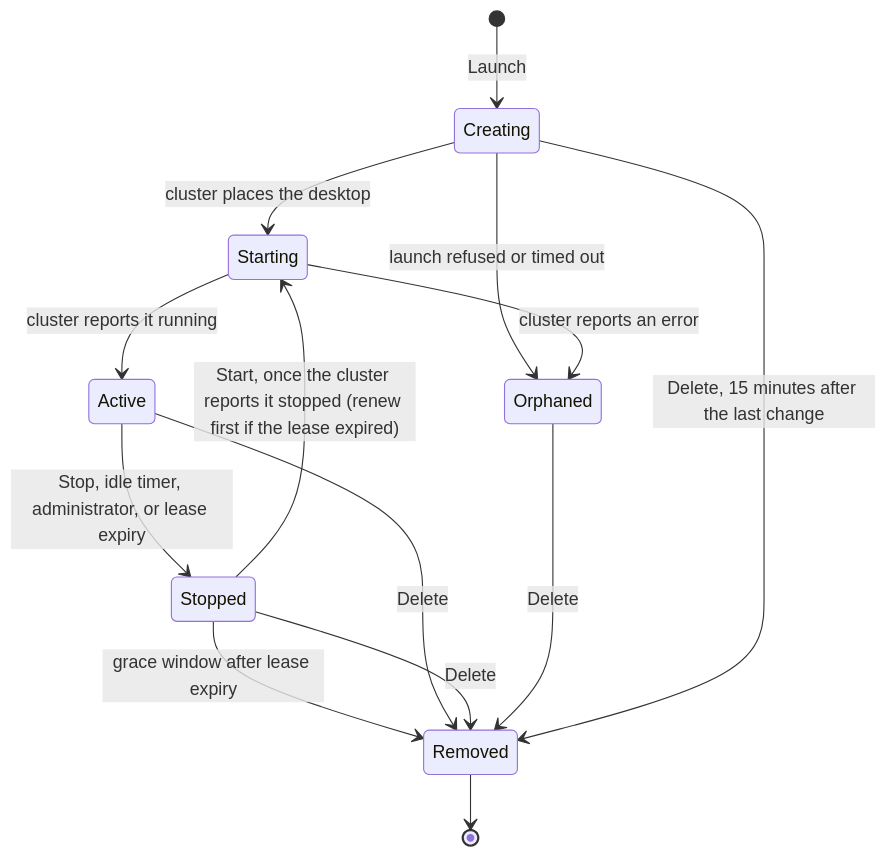
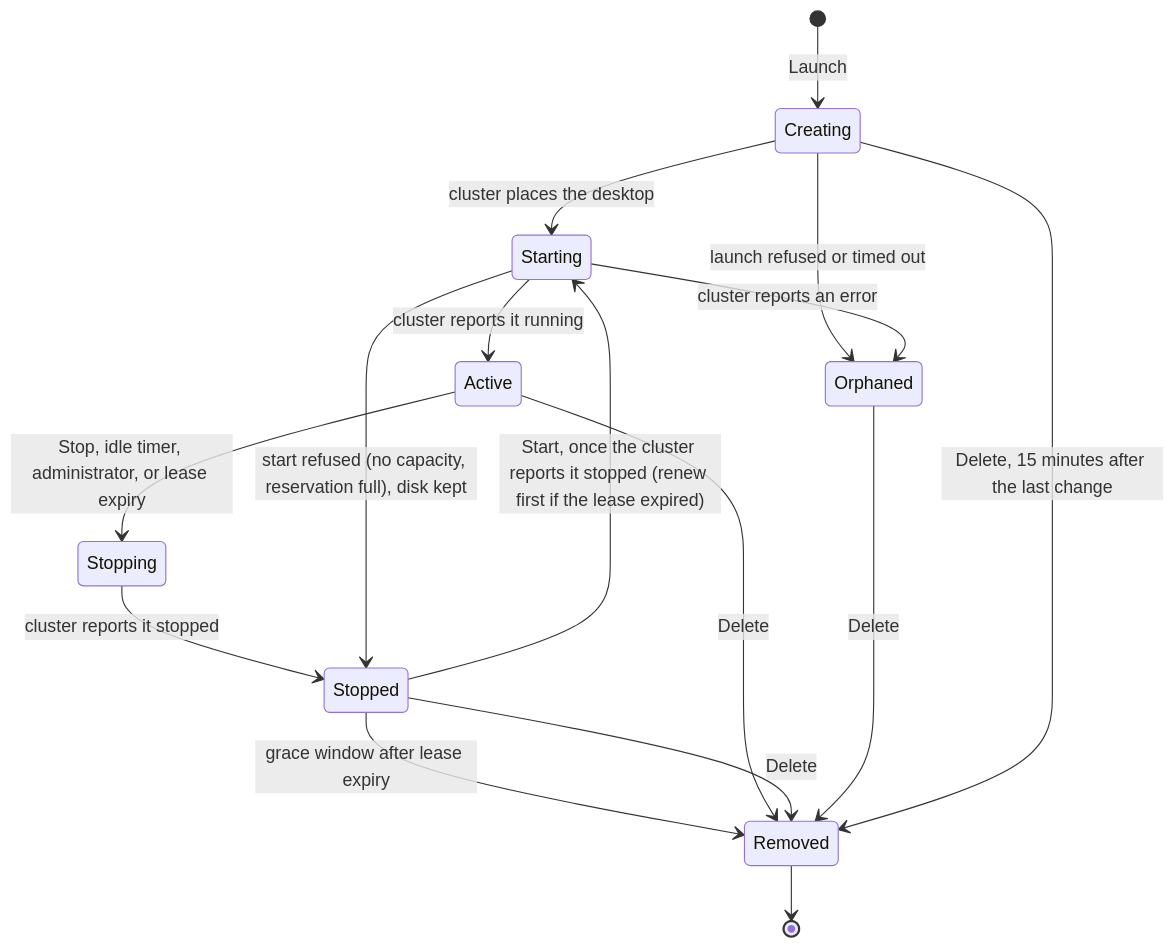
The diagram in documentation/docusaurus-site/docs/developer/edh-workstations/user-guide.md (awslabs/visual-asset-management-system), drawn with Mermaid before and after one commit. The commit also changed other lines of this file and 78 other files, not shown here.

````diff
--- a/documentation/docusaurus-site/docs/developer/edh-workstations/user-guide.md
+++ b/documentation/docusaurus-site/docs/developer/edh-workstations/user-guide.md
@@ -92,16 +92,18 @@
 ```mermaid
 stateDiagram-v2
     [*] --> Creating: Launch
     Creating --> Starting: cluster places the desktop
     Starting --> Active: cluster reports it running
     Creating --> Orphaned: launch refused or timed out
     Starting --> Orphaned: cluster reports an error
-    Active --> Stopped: Stop, idle timer, administrator, or lease expiry
+    Active --> Stopping: Stop, idle timer, administrator, or lease expiry
+    Stopping --> Stopped: cluster reports it stopped
     Stopped --> Starting: Start, once the cluster reports it stopped (renew first if the lease expired)
+    Starting --> Stopped: start refused (no capacity, reservation full), disk kept
     Stopped --> Removed: grace window after lease expiry
     Active --> Removed: Delete
     Stopped --> Removed: Delete
     Orphaned --> Removed: Delete
     Creating --> Removed: Delete, 15 minutes after the last change
     Removed --> [*]
 ```
````
